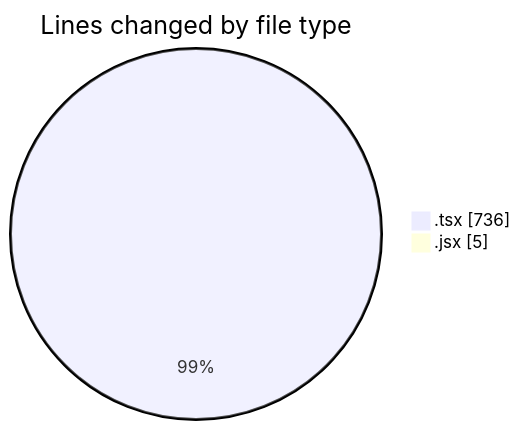
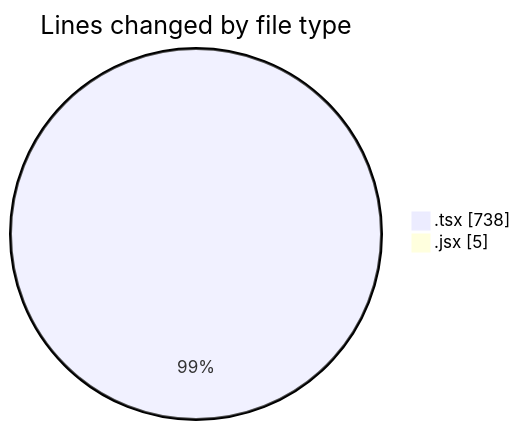
Before and after one commit to Ritupan-Deka/code-tracking: the first of 2 diagrams in 2025-10-13/scopecraft/README.md, drawn with Mermaid. The commit also changed other lines of this file and 1 other file, not shown here.

````diff
--- a/2025-10-13/scopecraft/README.md
+++ b/2025-10-13/scopecraft/README.md
@@ -28,6 +28,6 @@
 ```mermaid
 pie showData
 title Lines changed by file type
-".tsx" : 736
+".tsx" : 738
 ".jsx" : 5
 ```
````
